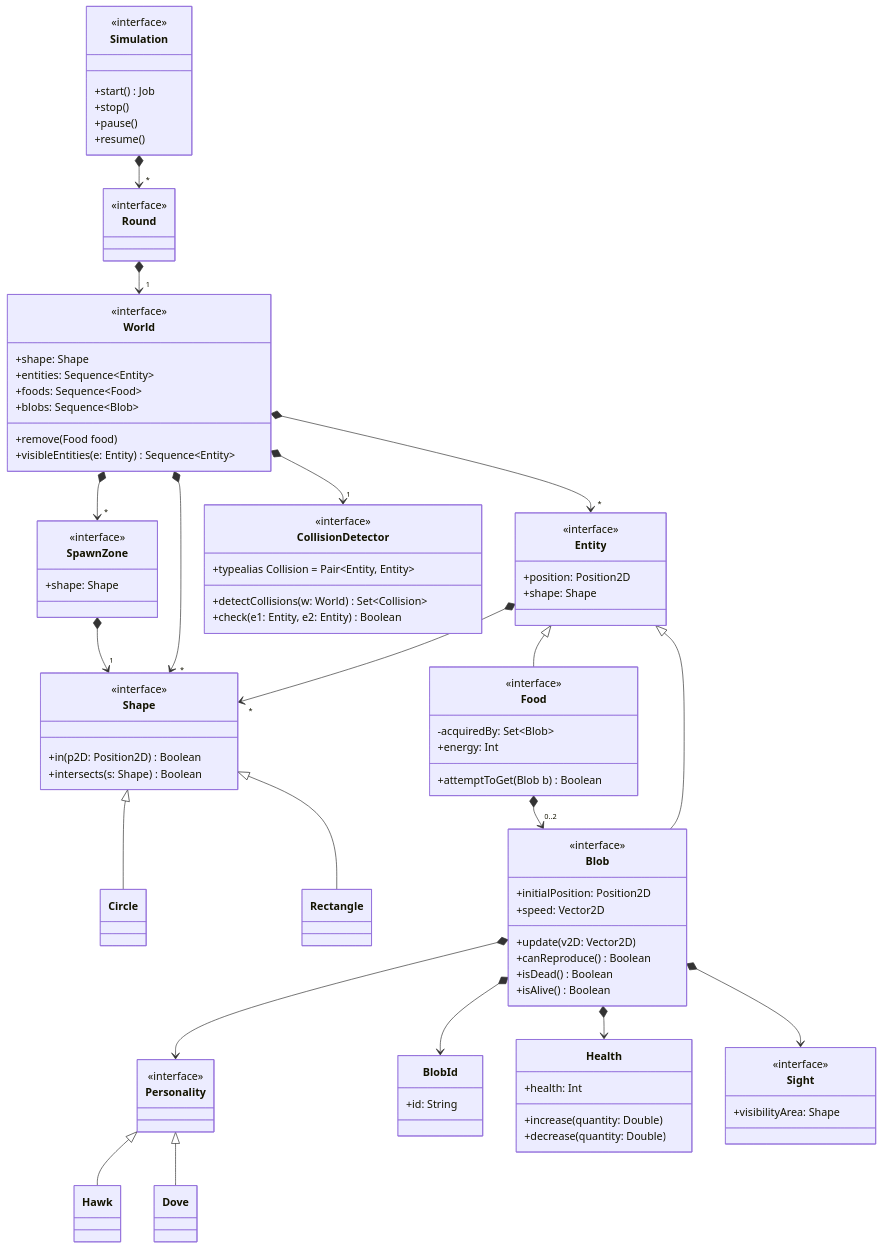
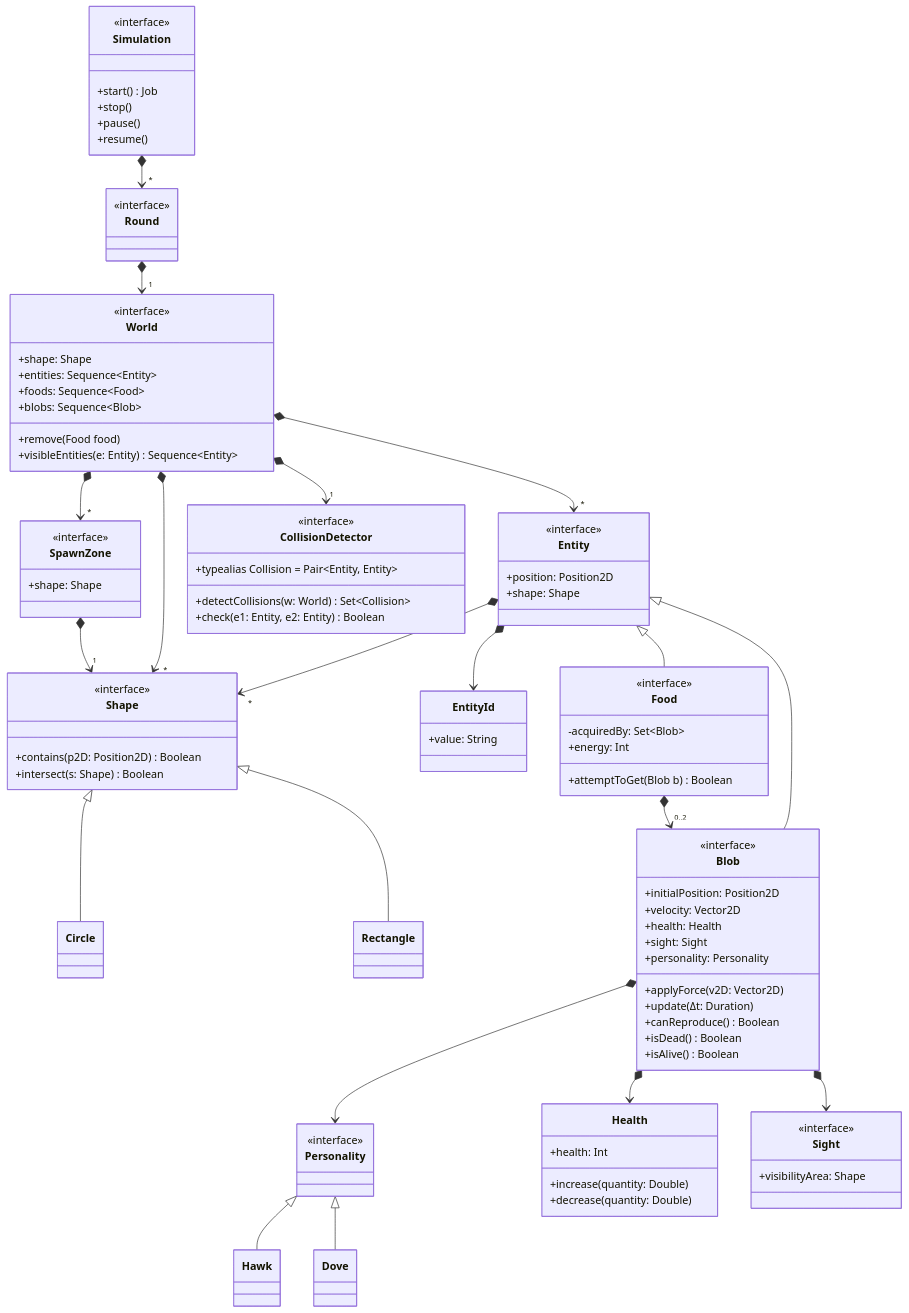
One commit to giovaz94/isee-project-2023-2024 changed the diagram in docs/design.md. Above: the diagram before and after it, drawn with Mermaid. The commit also changed 3 other files, not shown here.

```diff
--- a/docs/design.md
+++ b/docs/design.md
@@ -38,8 +38,8 @@
 
     class Shape {
         <<interface>>
-        +in(p2D: Position2D) Boolean
-        +intersects(s: Shape) Boolean
+        +contains(p2D: Position2D) Boolean
+        +intersect(s: Shape) Boolean
     }
     class Circle
     Shape <|-- Circle
@@ -61,6 +61,11 @@
         +shape: Shape
     }
     Entity *--> "*" Shape
+    
+    class EntityId {
+        +value: String
+    }
+    Entity *--> EntityId
 
     class Food {
         <<interface>>
@@ -79,8 +84,12 @@
     class Blob {
         <<interface>>
         +initialPosition: Position2D
-        +speed: Vector2D
-        +update(v2D: Vector2D)
+        +velocity: Vector2D
+        +health: Health
+        +sight: Sight
+        +personality: Personality
+        +applyForce(v2D: Vector2D)
+        +update(Δt: Duration)
         +canReproduce() Boolean
         +isDead() Boolean
         +isAlive() Boolean
@@ -95,11 +104,6 @@
     Personality <|-- Hawk
     class Dove 
     Personality <|-- Dove
-
-    class BlobId {
-        +id: String
-    }
-    Blob *--> BlobId
     
     class Health {
         +health: Int
```
